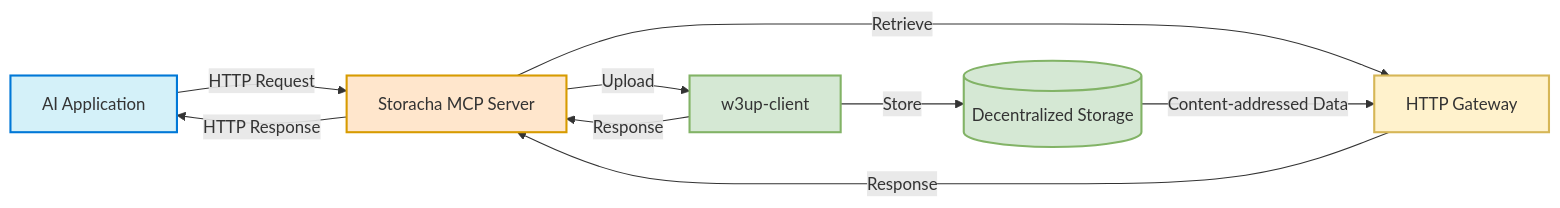
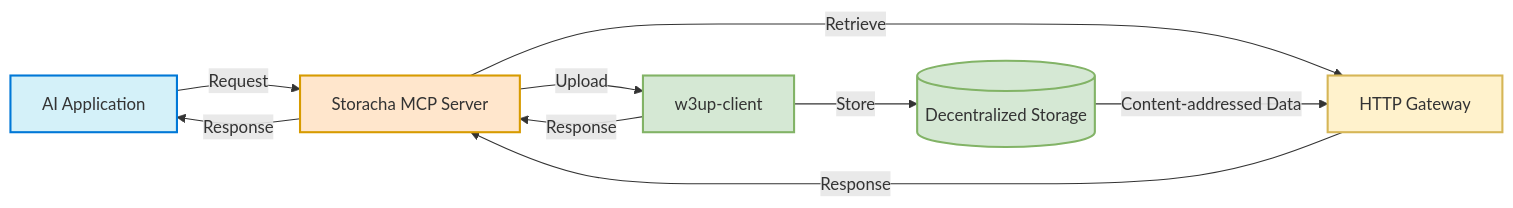
The diagram in docs/spec.md (wale-jojo/mcp-storage-server), drawn with Mermaid before and after one commit. The commit also changed other lines of this file and 39 other files, not shown here.

First line of the commit message:
feat(server): MCP Server Implementation (#3)

````diff
--- a/docs/spec.md
+++ b/docs/spec.md
@@ -19,21 +19,21 @@
 ```mermaid
 flowchart LR
-    A[AI Application] -->|HTTP Request| B[Storacha MCP Server]
+    A[AI Application] -->|Request| B[Storacha MCP Server]
     B -->|Upload| C[w3up-client]
     B -->|Retrieve| E[HTTP Gateway]
     C -->|Store| D[(Decentralized Storage)]
     D -->|Content-addressed Data| E
     C -->|Response| B
     E -->|Response| B
-    B -->|HTTP Response| A
+    B -->|Response| A
     
     classDef client fill:#d4f1f9,stroke:#0078d7,stroke-width:2px
     classDef server fill:#ffe6cc,stroke:#d79b00,stroke-width:2px
     classDef storage fill:#d5e8d4,stroke:#82b366,stroke-width:2px
     classDef gateway fill:#fff2cc,stroke:#d6b656,stroke-width:2px
     
     class A client
     class B server
     class C,D storage
     class E gateway
 ```
````
